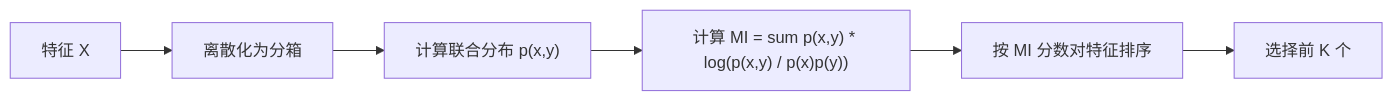
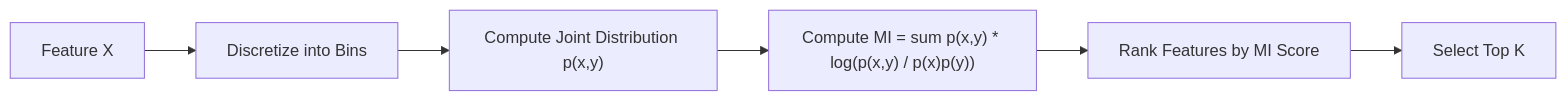
One commit to xiaojiaenen/ai-engineering-from-scratch-zh changed the second of 4 diagrams in i18n/zh/phases/02-ml-fundamentals/18-feature-selection/docs/zh.md. Above: the diagram before and after it, drawn with Mermaid. The commit also changed other lines of this file and 18 other files, not shown here.

````diff
--- a/i18n/zh/phases/02-ml-fundamentals/18-feature-selection/docs/zh.md
+++ b/i18n/zh/phases/02-ml-fundamentals/18-feature-selection/docs/zh.md
@@ -89,8 +89,8 @@
 ```mermaid
 flowchart LR
-    A[特征 X] --> B[离散化为分箱]
-    B --> C["计算联合分布 p(x,y)"]
-    C --> D["计算 MI = sum p(x,y) * log(p(x,y) / p(x)p(y))"]
-    D --> E["按 MI 分数对特征排序"]
-    E --> F[选择前 K 个]
+    A[Feature X] --> B[Discretize into Bins]
+    B --> C["Compute Joint Distribution p(x,y)"]
+    C --> D["Compute MI = sum p(x,y) * log(p(x,y) / p(x)p(y))"]
+    D --> E["Rank Features by MI Score"]
+    E --> F[Select Top K]
 ```
````
